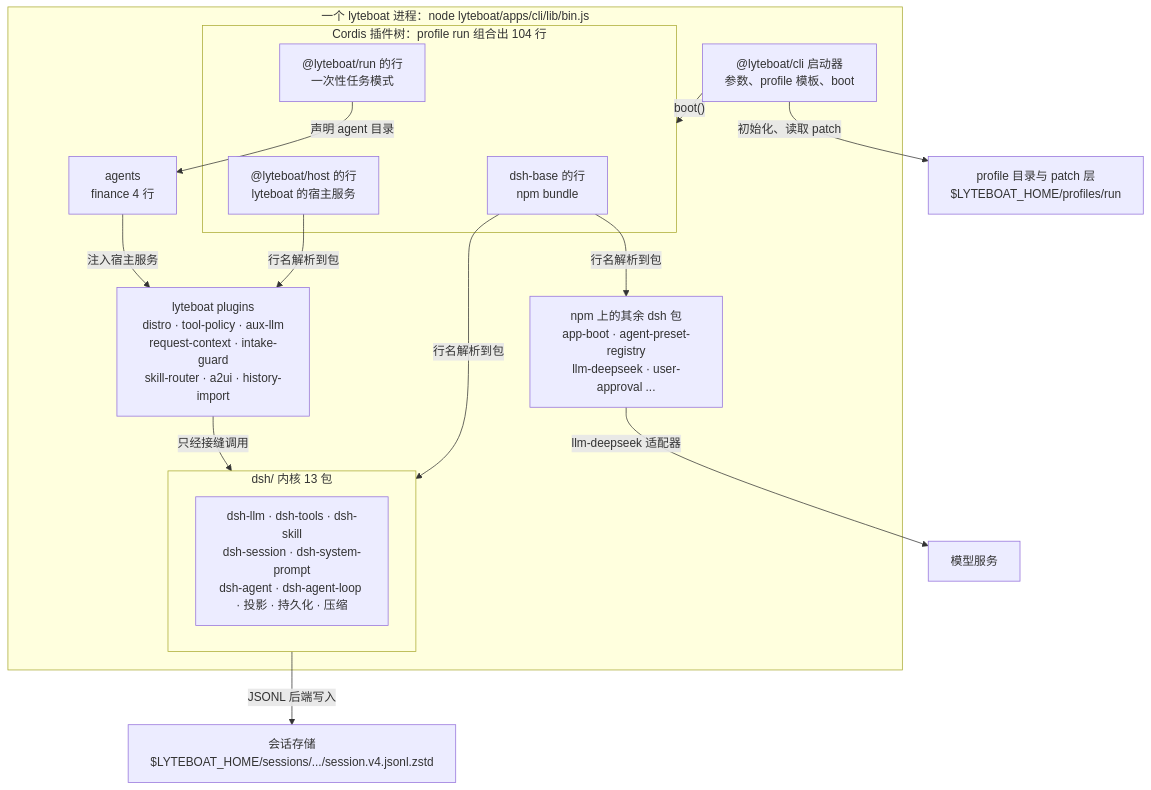
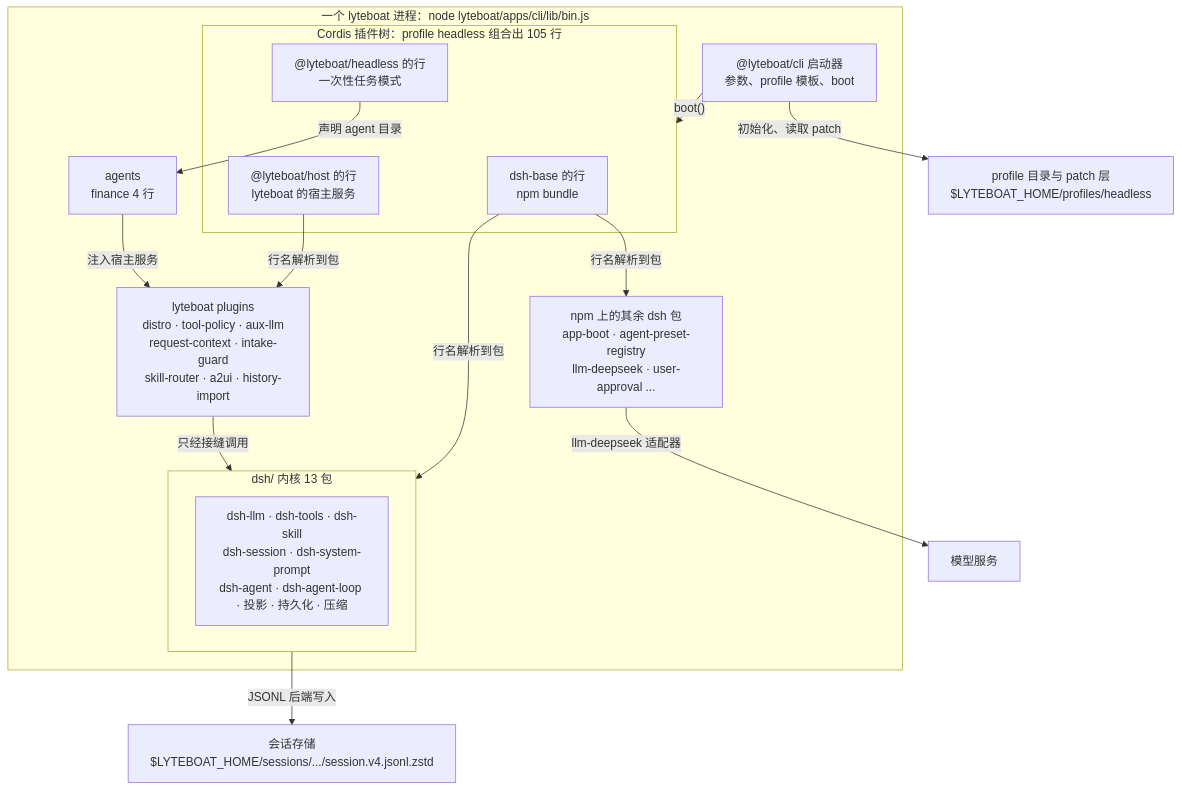
Before and after one commit to lyteboat/boat: the second of 11 diagrams in docs/01-architecture.md, drawn with Mermaid. The commit also changed other lines of this file and 61 other files, not shown here.

First line of the commit message:
F3-S1: lyteboat — `run` becomes `headless`, as dsh names its one-shot mode

````diff
--- a/docs/01-architecture.md
+++ b/docs/01-architecture.md
@@ -102,30 +102,30 @@
 ```mermaid
 flowchart TB
   subgraph PROC["一个 lyteboat 进程：node lyteboat/apps/cli/lib/bin.js"]
     cli["@lyteboat/cli 启动器<br/>参数、profile 模板、boot"]
-    subgraph TREE["Cordis 插件树：profile run 组合出 104 行"]
+    subgraph TREE["Cordis 插件树：profile headless 组合出 105 行"]
       base["dsh-base 的行<br/>npm bundle"]
       host["@lyteboat/host 的行<br/>lyteboat 的宿主服务"]
-      runb["@lyteboat/run 的行<br/>一次性任务模式"]
+      runb["@lyteboat/headless 的行<br/>一次性任务模式"]
     end
     subgraph KERNEL["dsh/ 内核 13 包"]
       kpk["dsh-llm · dsh-tools · dsh-skill<br/>dsh-session · dsh-system-prompt<br/>dsh-agent · dsh-agent-loop · 投影 · 持久化 · 压缩"]
     end
     npmpk["npm 上的其余 dsh 包<br/>app-boot · agent-preset-registry<br/>llm-deepseek · user-approval ..."]
     plugins["lyteboat plugins<br/>distro · tool-policy · aux-llm<br/>request-context · intake-guard<br/>skill-router · a2ui · history-import"]
     agents["agents<br/>finance 4 行"]
   end
-  prof["profile 目录与 patch 层<br/>$LYTEBOAT_HOME/profiles/run"]
+  prof["profile 目录与 patch 层<br/>$LYTEBOAT_HOME/profiles/headless"]
   store["会话存储<br/>$LYTEBOAT_HOME/sessions/.../session.v4.jsonl.zstd"]
   model["模型服务"]
   cli -->|"初始化、读取 patch"| prof
   cli -->|"boot()"| TREE
   base -->|"行名解析到包"| KERNEL
   base -->|"行名解析到包"| npmpk
   host -->|"行名解析到包"| plugins
   runb -->|"声明 agent 目录"| agents
   agents -->|"注入宿主服务"| plugins
   plugins -->|"只经接缝调用"| KERNEL
   KERNEL -->|"JSONL 后端写入"| store
   npmpk -->|"llm-deepseek 适配器"| model
 ```
````
